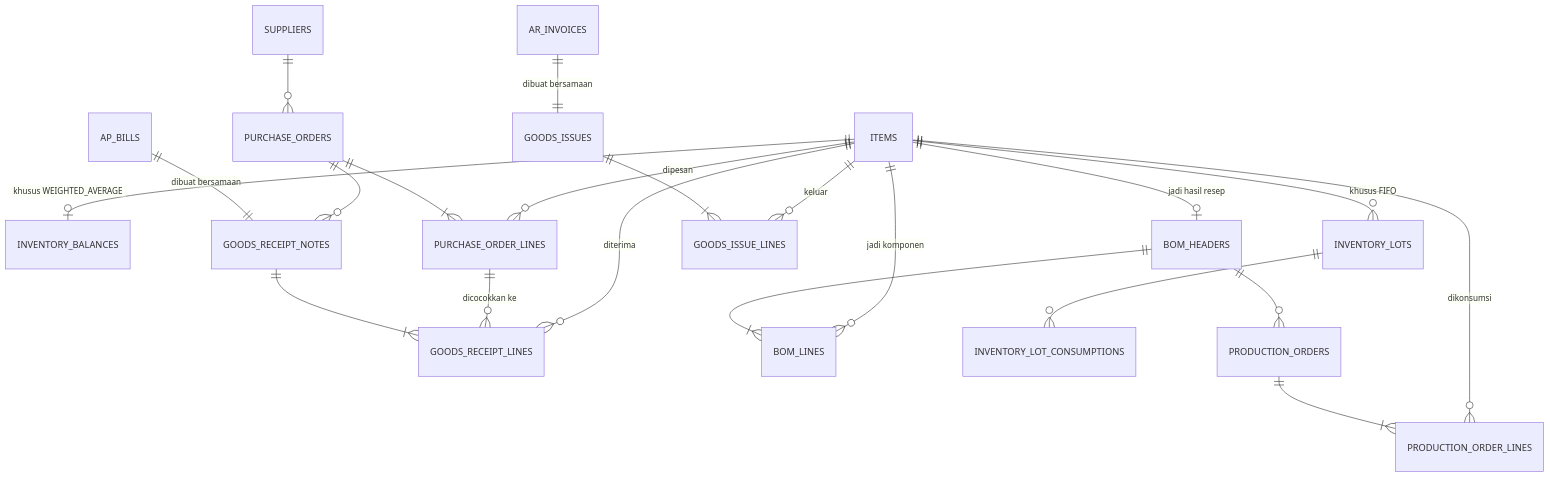
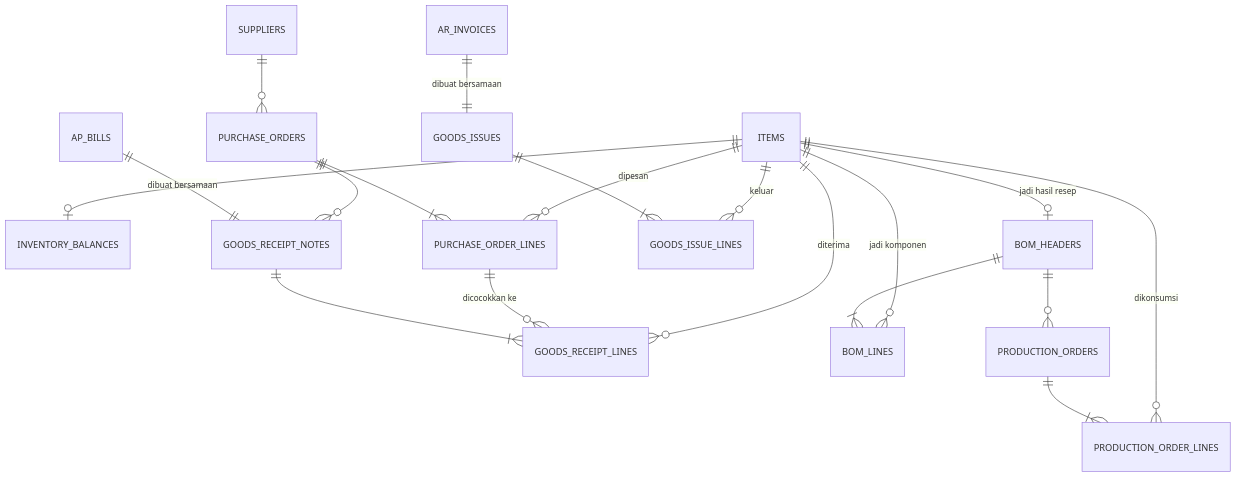
Before and after one commit to coretifyauth/Marinda-Galery-Plastik: the diagram in memory/architecture/data/inventory-schema.md, drawn with Mermaid. The commit also changed other lines of this file and 30 other files, not shown here.

````diff
--- a/memory/architecture/data/inventory-schema.md
+++ b/memory/architecture/data/inventory-schema.md
@@ -20,29 +22,26 @@
 ```mermaid
 erDiagram
-  ITEMS ||--o| INVENTORY_BALANCES : "khusus WEIGHTED_AVERAGE"
-  ITEMS ||--o{ INVENTORY_LOTS : "khusus FIFO"
+  ITEMS ||--o| INVENTORY_BALANCES : ""
   ITEMS ||--o{ PURCHASE_ORDER_LINES : dipesan
   ITEMS ||--o{ GOODS_RECEIPT_LINES : diterima
   ITEMS ||--o{ BOM_LINES : "jadi komponen"
   ITEMS ||--o| BOM_HEADERS : "jadi hasil resep"
   ITEMS ||--o{ PRODUCTION_ORDER_LINES : dikonsumsi
   ITEMS ||--o{ GOODS_ISSUE_LINES : keluar
 
   SUPPLIERS ||--o{ PURCHASE_ORDERS : ""
 
   PURCHASE_ORDERS ||--|{ PURCHASE_ORDER_LINES : ""
   PURCHASE_ORDERS ||--o{ GOODS_RECEIPT_NOTES : ""
   PURCHASE_ORDER_LINES ||--o{ GOODS_RECEIPT_LINES : "dicocokkan ke"
 
   AP_BILLS ||--|| GOODS_RECEIPT_NOTES : "dibuat bersamaan"
   GOODS_RECEIPT_NOTES ||--|{ GOODS_RECEIPT_LINES : ""
 
-  INVENTORY_LOTS ||--o{ INVENTORY_LOT_CONSUMPTIONS : ""
-
   BOM_HEADERS ||--|{ BOM_LINES : ""
   BOM_HEADERS ||--o{ PRODUCTION_ORDERS : ""
   PRODUCTION_ORDERS ||--|{ PRODUCTION_ORDER_LINES : ""
 
   AR_INVOICES ||--|| GOODS_ISSUES : "dibuat bersamaan"
   GOODS_ISSUES ||--|{ GOODS_ISSUE_LINES : ""
 ```
````
